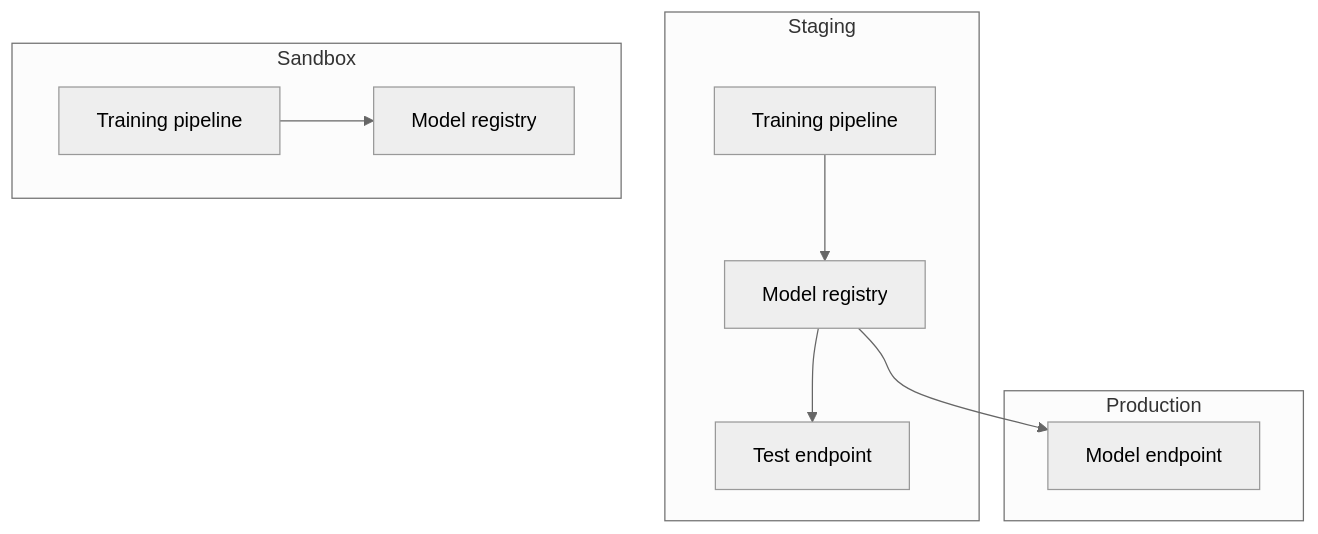
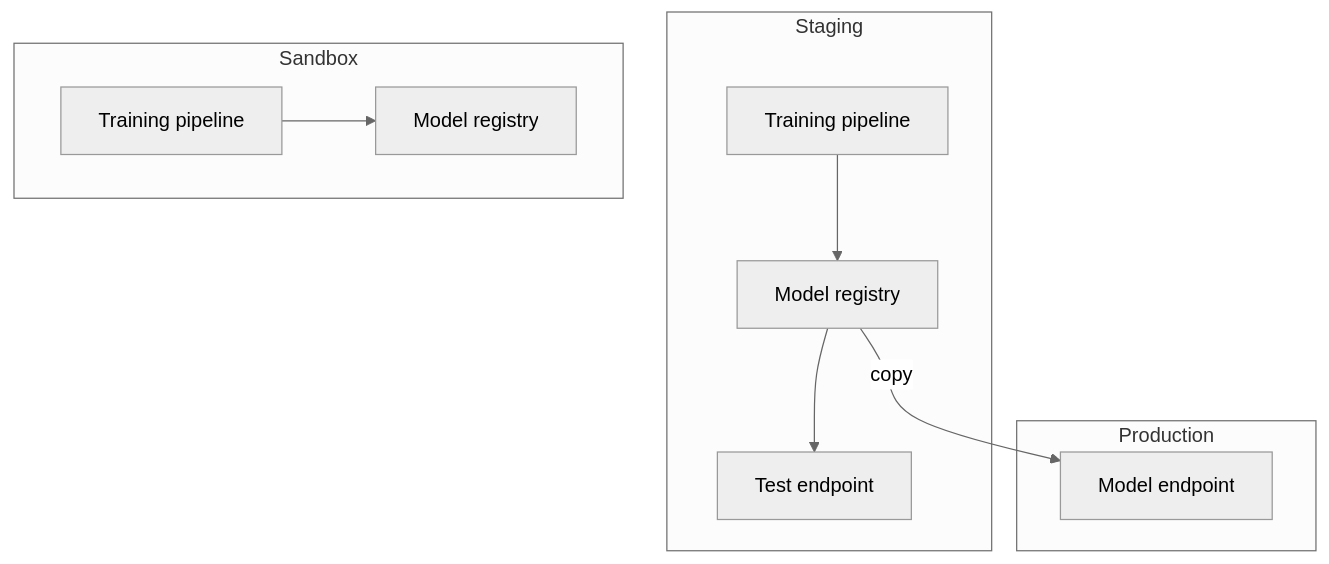
Before and after one commit to MrParosk/MrParosk.github.io: the second of 2 diagrams in src/infrastructure.md, drawn with Mermaid (neutral theme). The commit also changed other lines of this file and 2 other files, not shown here.

````diff
--- a/src/infrastructure.md
+++ b/src/infrastructure.md
@@ -22,13 +56,13 @@
 ```mermaid
 graph TD
     subgraph Staging
     D[Training pipeline] --> E[Model registry]
     E --> F[Test endpoint]
     end
     subgraph Production
-    E --> H[Model endpoint]
+    E -->|copy| H[Model endpoint]
     end
     subgraph Sandbox
     A[Training pipeline] --> B[Model registry]
     end
 ```
````
